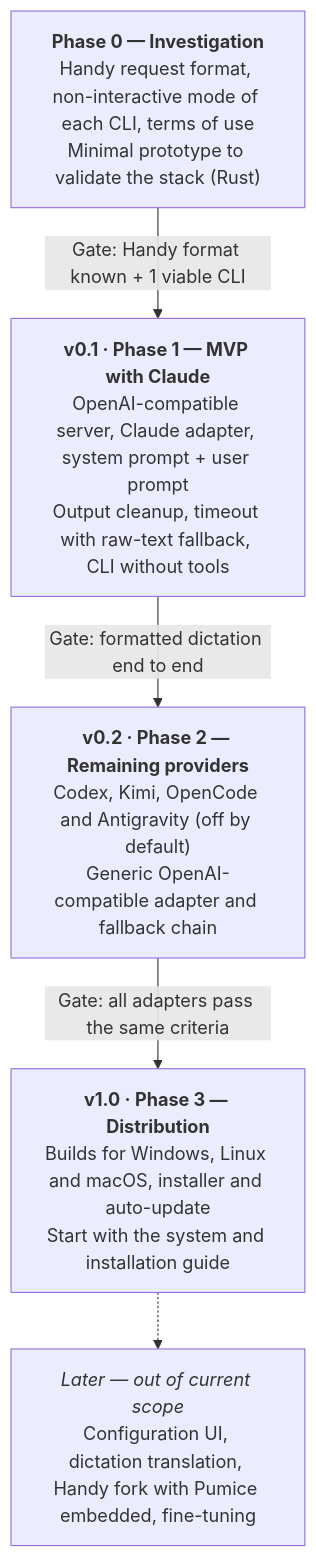
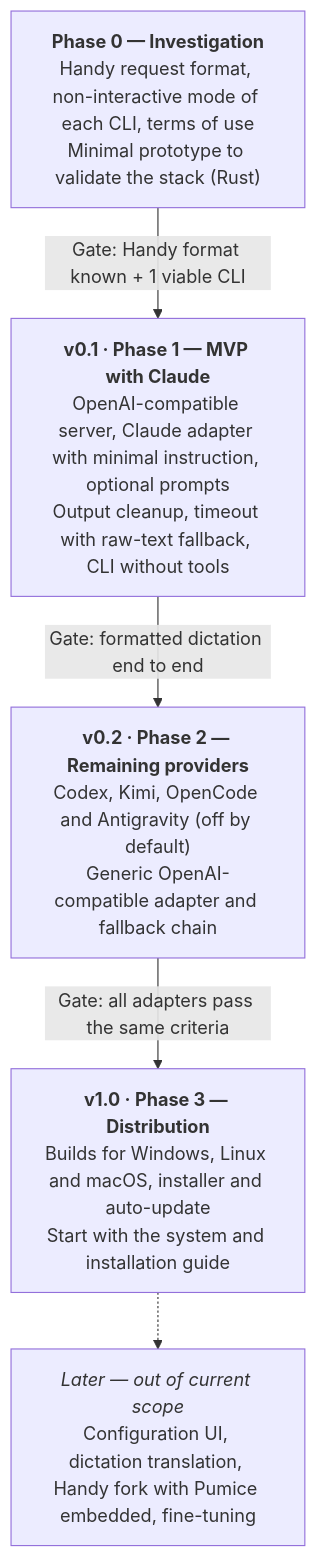
The second of 2 diagrams in docs/spec.md (brasillero/pumice), drawn with Mermaid before and after one commit. The commit also changed other lines of this file and 2 other files, not shown here.

First line of the commit message:
docs: move formatting prompts to Handy, make Pumice prompts optional

````diff
--- a/docs/spec.md
+++ b/docs/spec.md
@@ -210,12 +211,12 @@
 ```mermaid
 flowchart TB
     F0["<b>Phase 0 — Investigation</b><br/>Handy request format, non-interactive mode of each CLI, terms of use<br/>Minimal prototype to validate the stack (Rust)"]
-    F1["<b>v0.1 · Phase 1 — MVP with Claude</b><br/>OpenAI-compatible server, Claude adapter, system prompt + user prompt<br/>Output cleanup, timeout with raw-text fallback, CLI without tools"]
+    F1["<b>v0.1 · Phase 1 — MVP with Claude</b><br/>OpenAI-compatible server, Claude adapter with minimal instruction, optional prompts<br/>Output cleanup, timeout with raw-text fallback, CLI without tools"]
     F2["<b>v0.2 · Phase 2 — Remaining providers</b><br/>Codex, Kimi, OpenCode and Antigravity (off by default)<br/>Generic OpenAI-compatible adapter and fallback chain"]
     F3["<b>v1.0 · Phase 3 — Distribution</b><br/>Builds for Windows, Linux and macOS, installer and auto-update<br/>Start with the system and installation guide"]
     L["<i>Later — out of current scope</i><br/>Configuration UI, dictation translation, Handy fork with Pumice embedded, fine-tuning"]
     F0 -- "Gate: Handy format known + 1 viable CLI" --> F1
     F1 -- "Gate: formatted dictation end to end" --> F2
     F2 -- "Gate: all adapters pass the same criteria" --> F3
     F3 -.-> L
 ```
````
